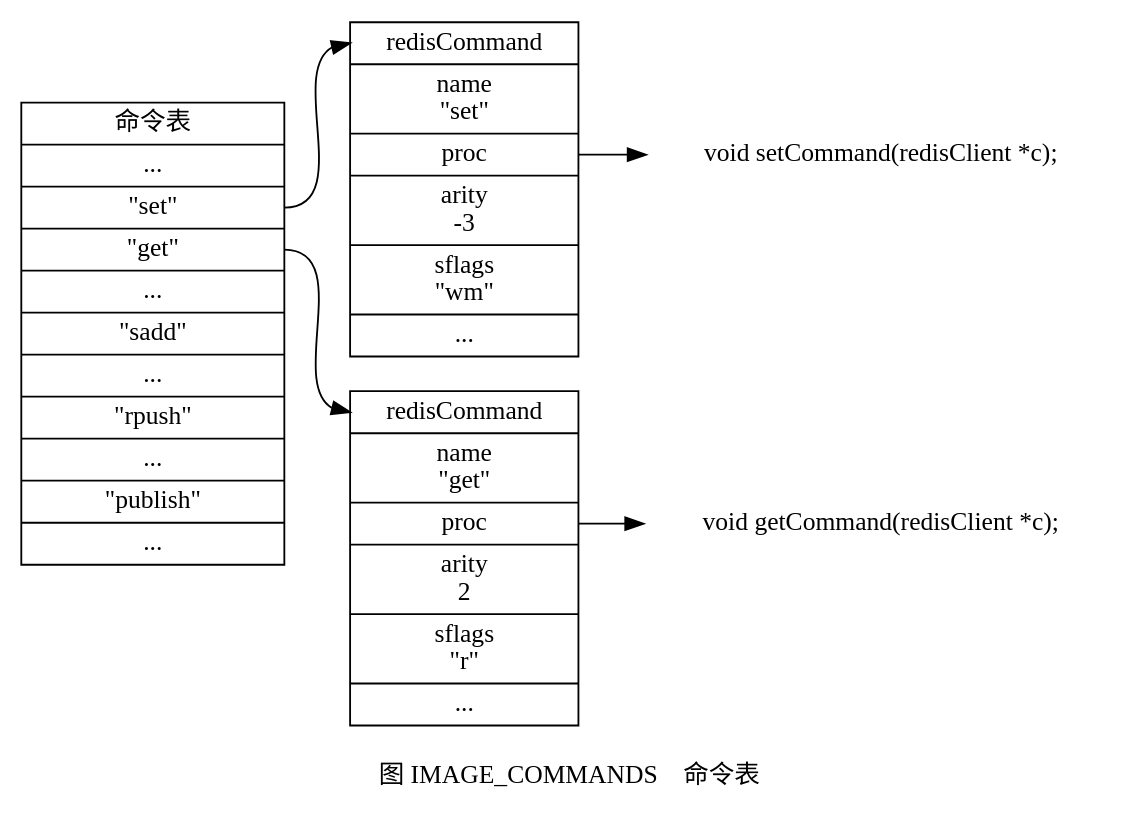
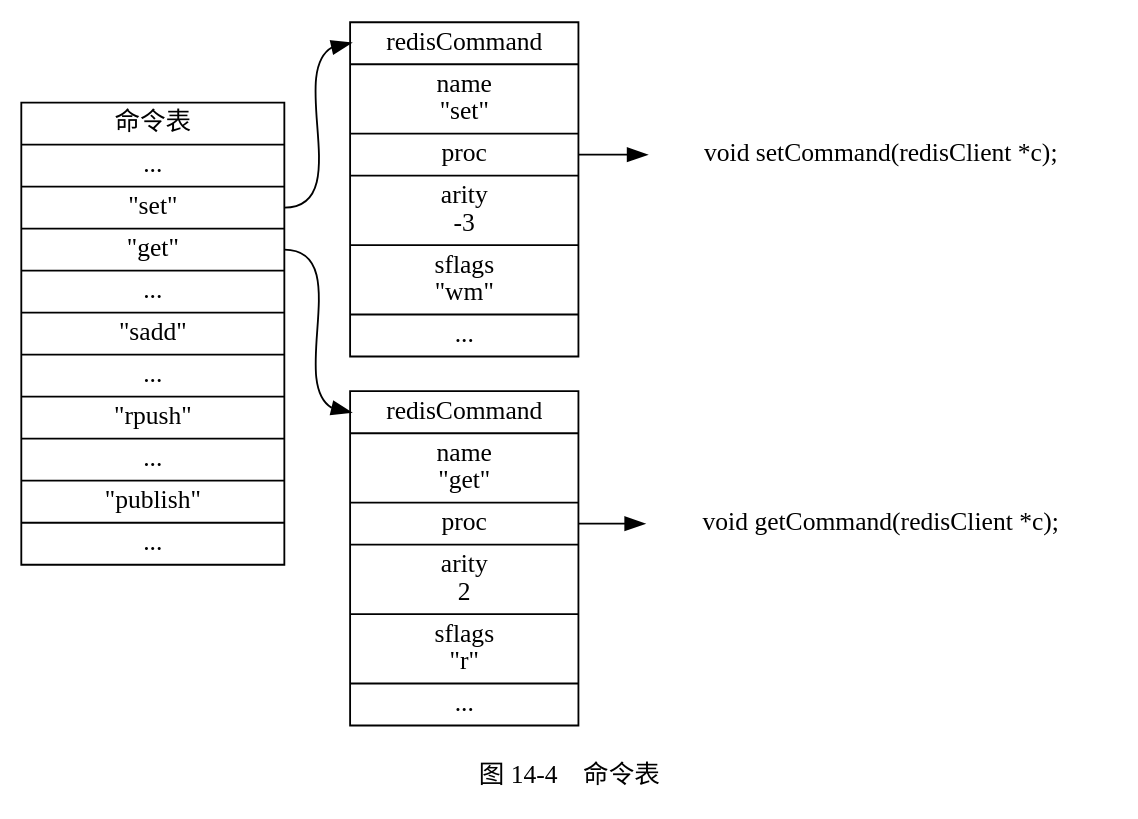
The fourth of 8 diagrams in preview/server/execute_command.rst (huangzworks/redisbook1e), drawn with Graphviz before and after one commit. The commit also changed other lines of this file and 2 other files, not shown here.

```diff
--- a/preview/server/execute_command.rst
+++ b/preview/server/execute_command.rst
@@ -303,37 +303,37 @@
 .. graphviz::
 
     digraph {
 
-        label = "\n 图 IMAGE_COMMANDS    命令表";
+        label = "\n 图 14-4    命令表";
 
         rankdir = LR;
 
         node [shape = record];
 
         commands [label = " 命令表 | ... | <set> \"set\" | <get> \"get\" | ... | <sadd> \"sadd\" | ... | <rpush> \"rpush\" | ... | <publish> \"publish\" | ... ", width = 2.0];
 
         set [label = " <head> redisCommand | name \n \"set\" | <proc> proc | arity \n -3 | sflags \n \"wm\" | ... "];
         get [label = " <head> redisCommand | name \n \"get\" | <proc> proc | arity \n 2 | sflags \n \"r\" | ... "];
         //sadd [label = " <head> redisCommand | name \n \"sadd\" | <proc> proc | arity \n -3 | sflags \n \"wm\" | ... "];
         //rpush [label = " <head> redisCommand | name \n \"rpush\" | <proc> proc | arity \n -3 | sflags \n \"wm\" | ... "];
         //publish [label = " <head> redisCommand | name \n \"publish\" | <proc> proc | arity \n 3 | sflags \n \"pltr\" | ... "];
 
         node [shape = plaintext];
 
         setCommand [label = "void setCommand(redisClient *c);"];
         getCommand [label = "void getCommand(redisClient *c);"];
         //saddCommand;
         //rpushCommand;
         //publishCommand;
 
         //
 
         commands:set -> set:head; set:proc -> setCommand;
         commands:get -> get:head; get:proc -> getCommand;
         //commands:sadd -> sadd:head; sadd:proc -> saddCommand;
         //commands:rpush -> rpush:head; rpush:proc -> rpushCommand;
         //commands:publish -> publish:head; publish:proc -> publishCommand;
 
         //* fix editor highlight
 
     }
```
